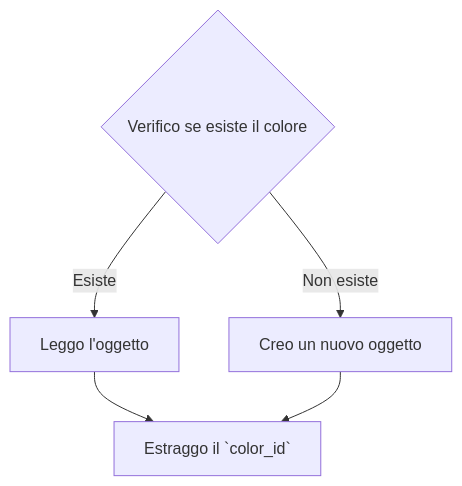
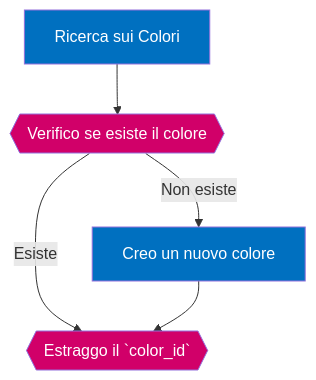
The third of 6 diagrams in how_to/import_products.md (phoenixweb/Crystal), drawn with Mermaid before and after one commit. The commit also changed other lines of this file, not shown here.

Commit message:
update: riscritti i flowchart

````diff
--- a/how_to/import_products.md
+++ b/how_to/import_products.md
@@ -114,7 +130,13 @@
 ```mermaid
 graph TD;
-A{Verifico se esiste il colore}-->|Esiste| B[Leggo l'oggetto];
-A-->|Non esiste| C[Creo un nuovo oggetto];
-B-->D[Estraggo il `color_id`];
-C-->D;
+ A[Ricerca sui Colori]:::action;
+ B{{Verifico se esiste il colore}}:::logic;
+ C[Creo un nuovo colore]:::action;
+ D{{Estraggo il `color_id`}}:::logic;
+ A-->B;
+ B-->|Esiste|D;
+ B-->|Non esiste|C;
+ C-->D;
+ classDef action fill:#0070C0,color:#FFF;
+ classDef logic fill:#D10069,color:#FFF;
 ```
````
